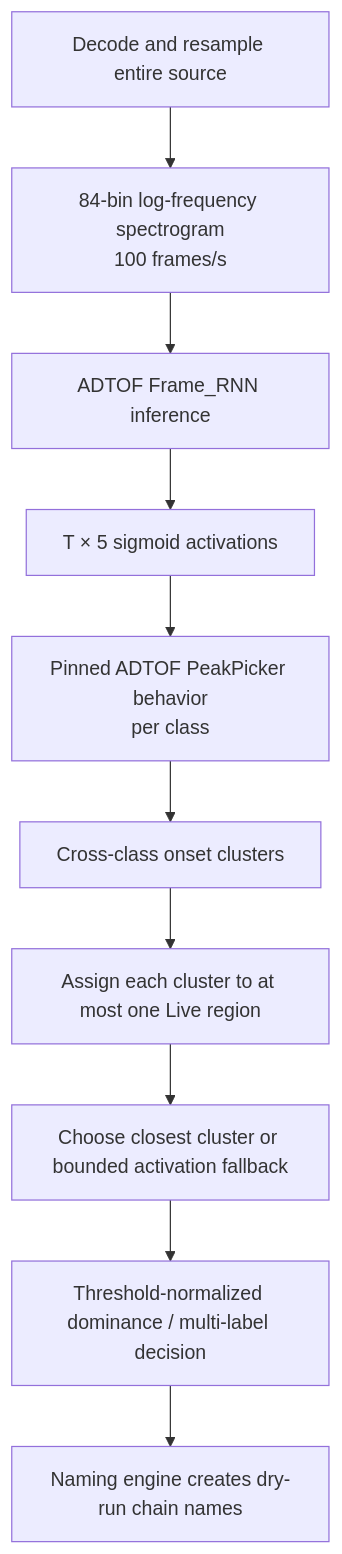
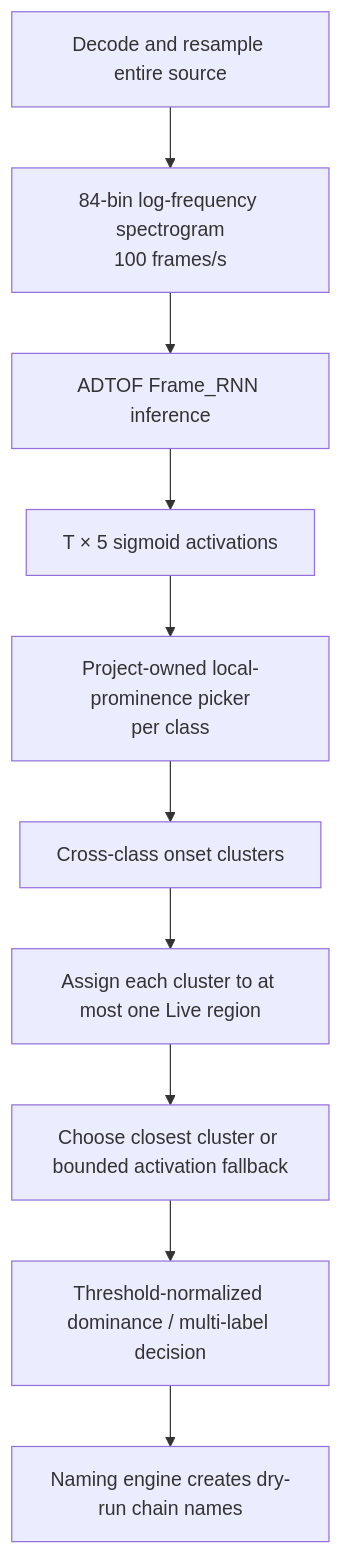
One commit to vvurld/drumslice-id changed the third of 3 diagrams in docs/TECHNICAL_REFERENCE.md. Above: the diagram before and after it, drawn with Mermaid. The commit also changed other lines of this file and 90 other files, not shown here.

````diff
--- a/docs/TECHNICAL_REFERENCE.md
+++ b/docs/TECHNICAL_REFERENCE.md
@@ -161,12 +161,12 @@
 ```mermaid
 flowchart TD
     A["Decode and resample entire source"] --> B["84-bin log-frequency spectrogram\n100 frames/s"]
     B --> C["ADTOF Frame_RNN inference"]
     C --> D["T × 5 sigmoid activations"]
-    D --> E["Pinned ADTOF PeakPicker behavior\nper class"]
+    D --> E["Project-owned local-prominence picker\nper class"]
     E --> F["Cross-class onset clusters"]
     F --> G["Assign each cluster to at most one Live region"]
     G --> H["Choose closest cluster or bounded activation fallback"]
     H --> I["Threshold-normalized dominance / multi-label decision"]
     I --> J["Naming engine creates dry-run chain names"]
 ```
````
